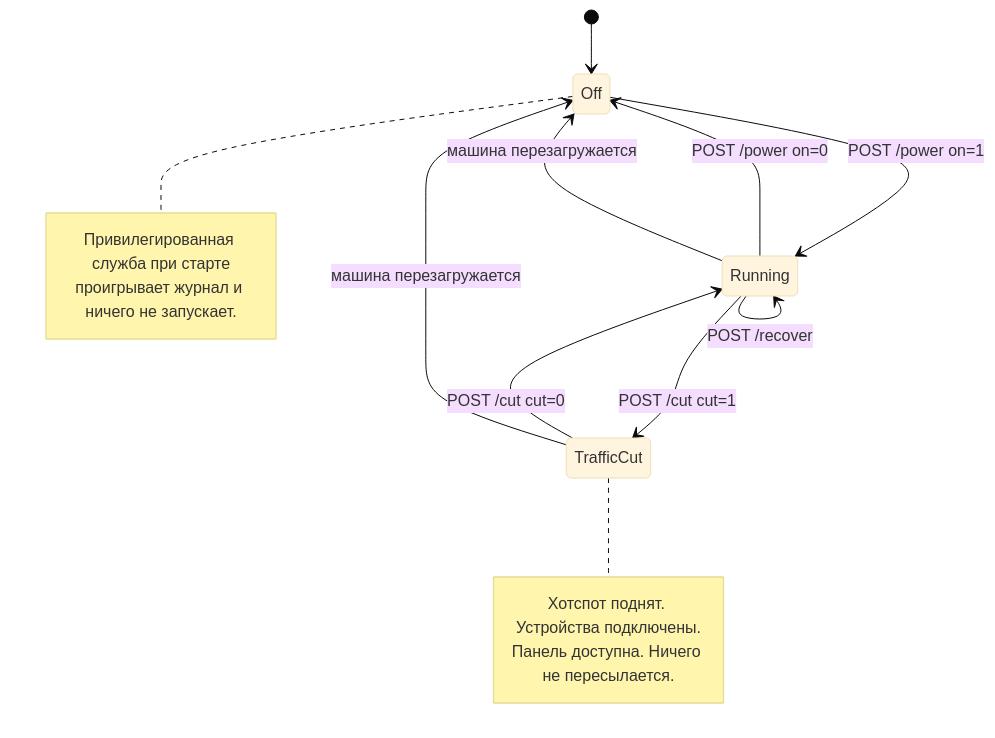
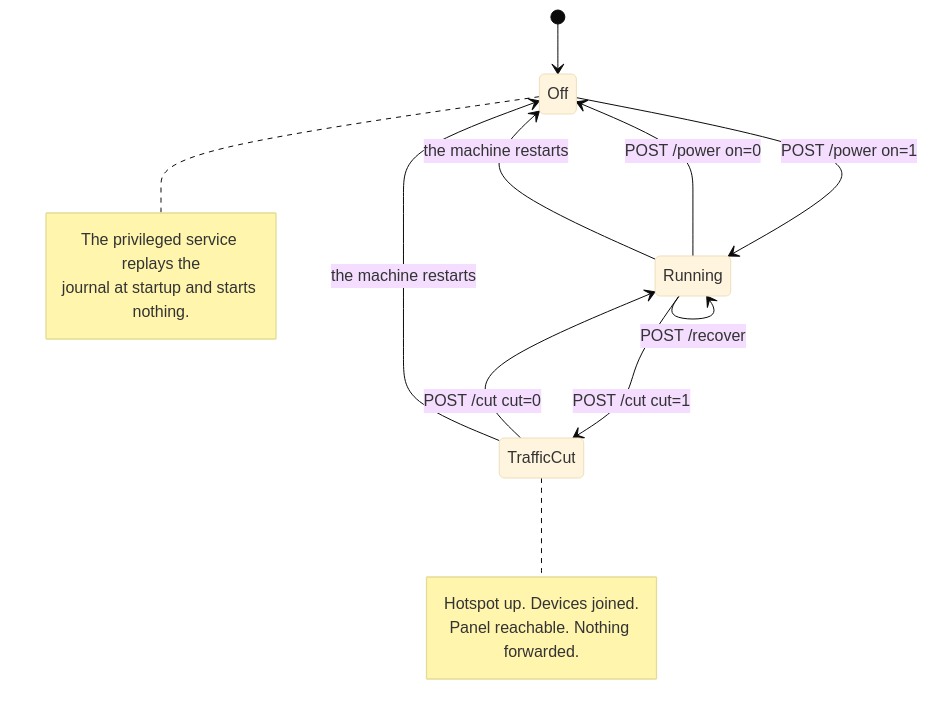
One commit to Iman/caspian changed the diagram in docs/wiki/Panel-and-Configuration.ru.md. Above: the diagram before and after it, drawn with Mermaid (base theme). The commit also changed other lines of this file and 149 other files, not shown here.

````diff
--- a/docs/wiki/Panel-and-Configuration.ru.md
+++ b/docs/wiki/Panel-and-Configuration.ru.md
@@ -24,20 +28,20 @@
 ```mermaid
 stateDiagram-v2
     [*] --> Off
     Off --> Running: POST /power on=1
     Running --> Off: POST /power on=0
     Running --> TrafficCut: POST /cut cut=1
     TrafficCut --> Running: POST /cut cut=0
     Running --> Running: POST /recover
-    TrafficCut --> Off: машина перезагружается
-    Running --> Off: машина перезагружается
+    TrafficCut --> Off: the machine restarts
+    Running --> Off: the machine restarts
 
     note right of Off
-        Привилегированная служба при старте
-        проигрывает журнал и ничего не запускает.
+        The privileged service replays the
+        journal at startup and starts nothing.
     end note
     note right of TrafficCut
-        Хотспот поднят. Устройства подключены.
-        Панель доступна. Ничего не пересылается.
+        Hotspot up. Devices joined.
+        Panel reachable. Nothing forwarded.
     end note
 ```
````
